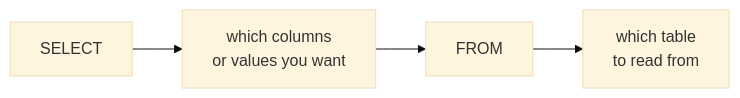
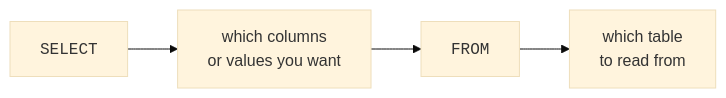
One commit to dataslope/dataslope changed the first of 2 diagrams in content/learn/intro-sql-postgres/first-queries.mdx. Above: the diagram before and after it, drawn with Mermaid (base theme). The commit also changed other lines of this file and 56 other files, not shown here.

````diff
--- a/content/learn/intro-sql-postgres/first-queries.mdx
+++ b/content/learn/intro-sql-postgres/first-queries.mdx
@@ -54,6 +54,6 @@
 ```mermaid
 flowchart LR
-    K["SELECT"] --> C["which columns<br/>or values you want"]
-    C --> F["FROM"]
+    K["<code>SELECT</code>"] --> C["which columns<br/>or values you want"]
+    C --> F["<code>FROM</code>"]
     F --> T["which table<br/>to read from"]
 ```
````
